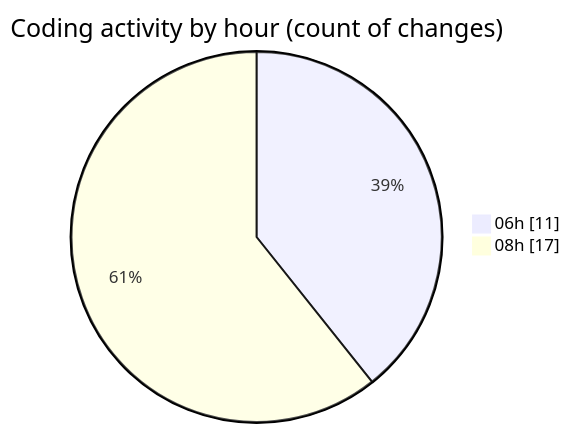
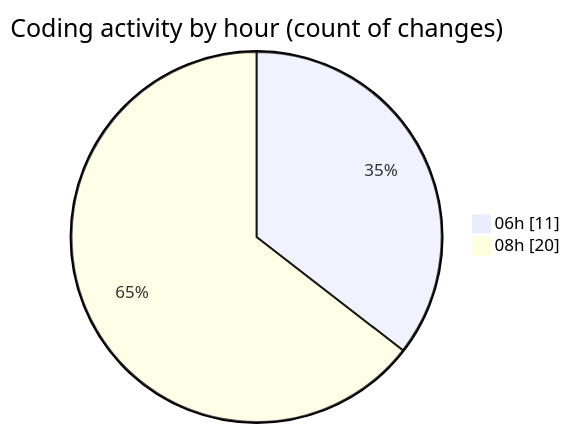
One commit to EIIisD/code-tracking changed the second of 2 diagrams in 2025-08-04/tw-server/README.md. Above: the diagram before and after it, drawn with Mermaid. The commit also changed other lines of this file and 1 other file, not shown here.

````diff
--- a/2025-08-04/tw-server/README.md
+++ b/2025-08-04/tw-server/README.md
@@ -37,6 +37,6 @@
 ```mermaid
 pie showData
 title Coding activity by hour (count of changes)
 "06h" : 11
-"08h" : 17
+"08h" : 20
 ```
````
